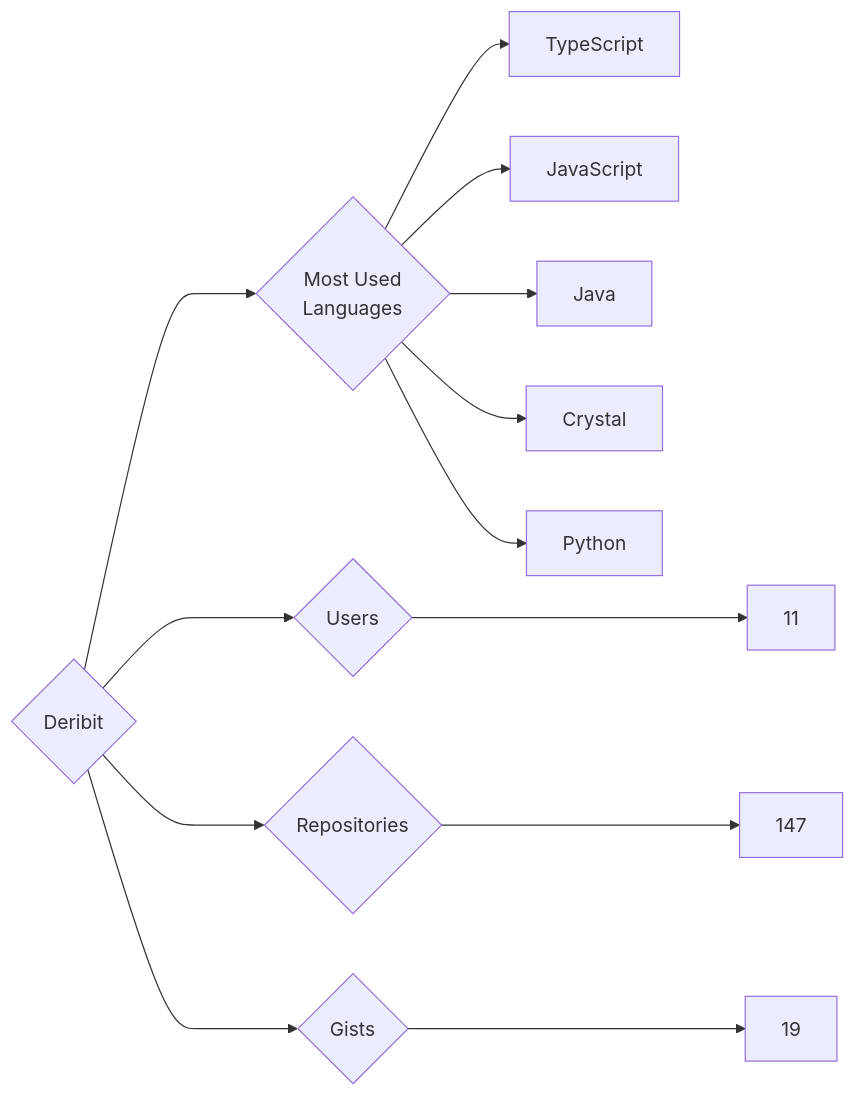
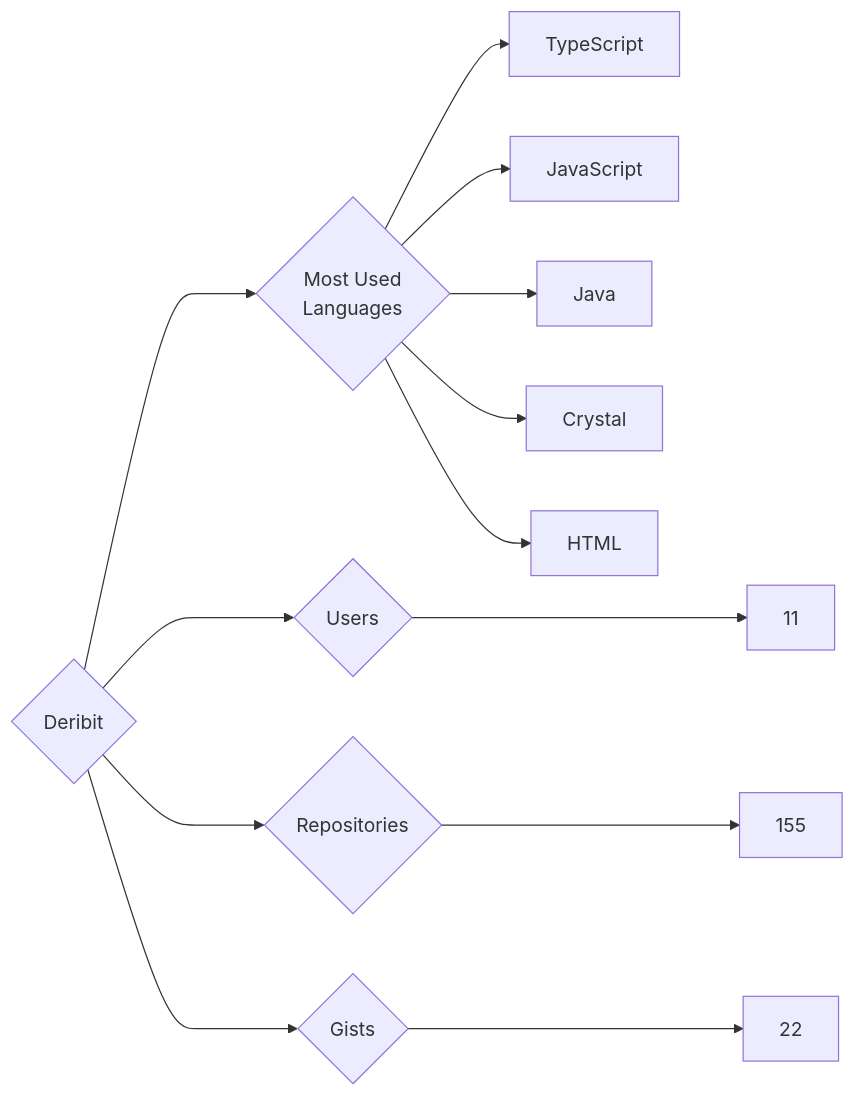
Before and after one commit to trickest/insiders: the diagram in targets/Deribit/README.md, drawn with Mermaid. The commit also changed 1030 other files, not shown here.

````diff
--- a/targets/Deribit/README.md
+++ b/targets/Deribit/README.md
@@ -3,13 +3,13 @@
 ```mermaid
 graph LR
 COMPANY_NAME{Deribit}
 COMPANY_NAME ---> U{Users} ---> UN[11]
-COMPANY_NAME ---> R{Repositories} ---> RN[147]
-COMPANY_NAME ---> G{Gists} ---> GN[19]
+COMPANY_NAME ---> R{Repositories} ---> RN[155]
+COMPANY_NAME ---> G{Gists} ---> GN[22]
 COMPANY_NAME ---> ML{Most Used<br>Languages}
 ML --> TypeScript[TypeScript]
 ML --> JavaScript[JavaScript]
 ML --> Java[Java]
 ML --> Crystal[Crystal]
-ML --> Python[Python]
+ML --> HTML[HTML]
 ```
````
